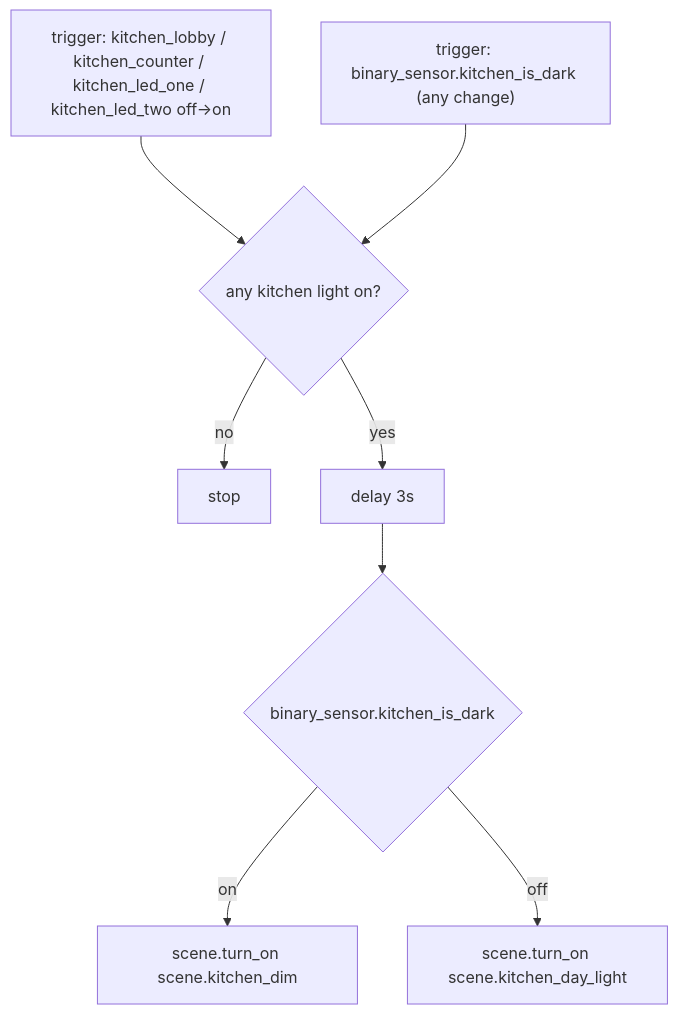
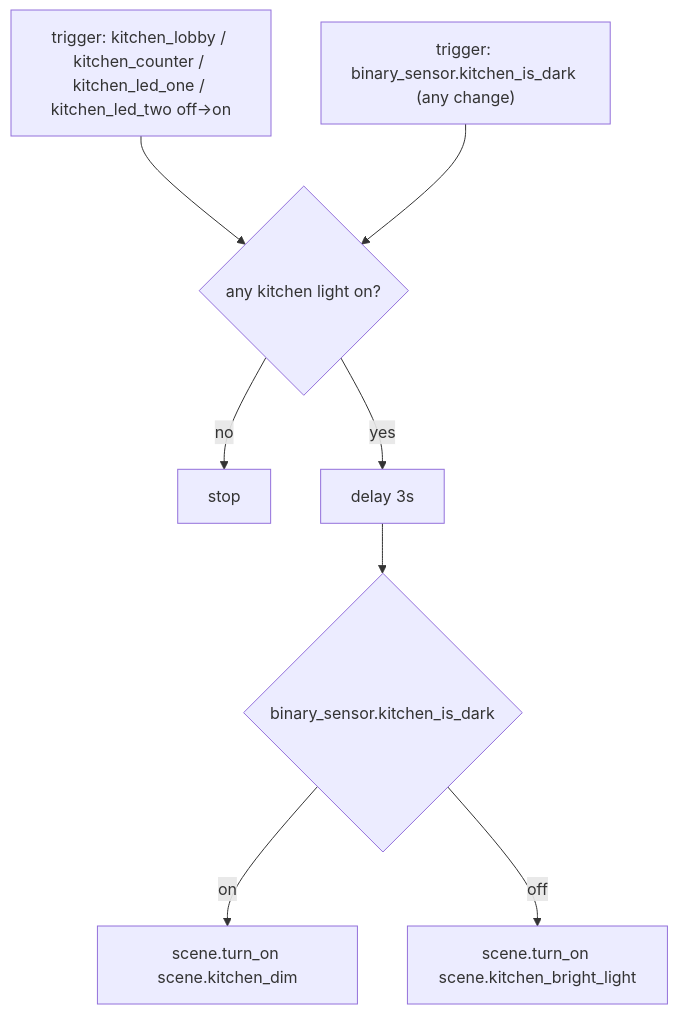
Before and after one commit to nerami/terminus-config: the diagram in docs/automations/kitchen.md, drawn with Mermaid. The commit also changed other lines of this file and 15 other files, not shown here.

First line of the commit message:
fix+refactor: TV/lamp schedule conflict, doc cleanup, Day Light/low_light rename

````diff
--- a/docs/automations/kitchen.md
+++ b/docs/automations/kitchen.md
@@ -19,13 +19,13 @@
 ```mermaid
 flowchart TD
     T1["trigger: kitchen_lobby / kitchen_counter / kitchen_led_one / kitchen_led_two off→on"]
     T2["trigger: binary_sensor.kitchen_is_dark (any change)"]
     T1 --> C
     T2 --> C
     C{"any kitchen light on?"}
     C -- no --> X["stop"]
     C -- yes --> D["delay 3s"]
     D --> S{"binary_sensor.kitchen_is_dark"}
     S -- on --> DIM["scene.turn_on scene.kitchen_dim"]
-    S -- off --> DAY["scene.turn_on scene.kitchen_day_light"]
+    S -- off --> DAY["scene.turn_on scene.kitchen_bright_light"]
 ```
````
